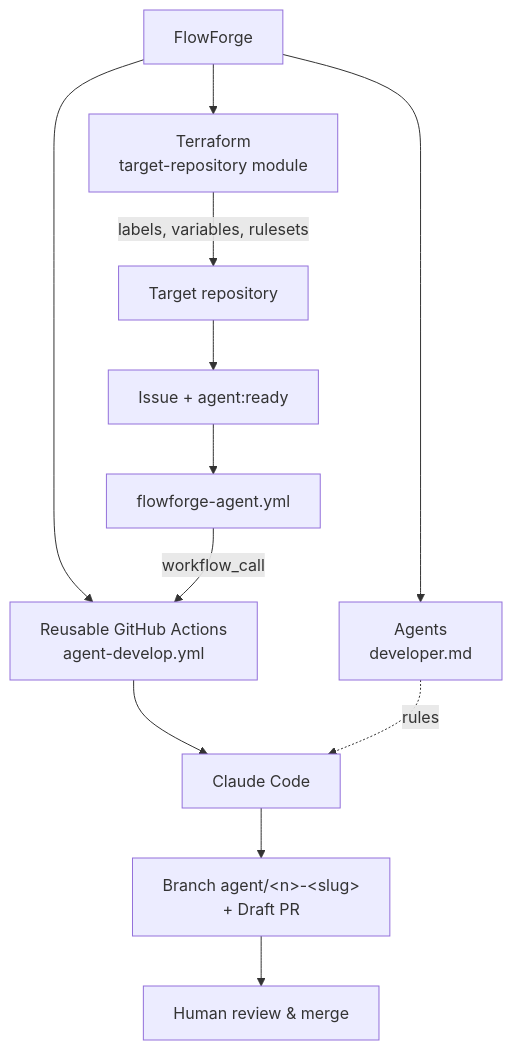
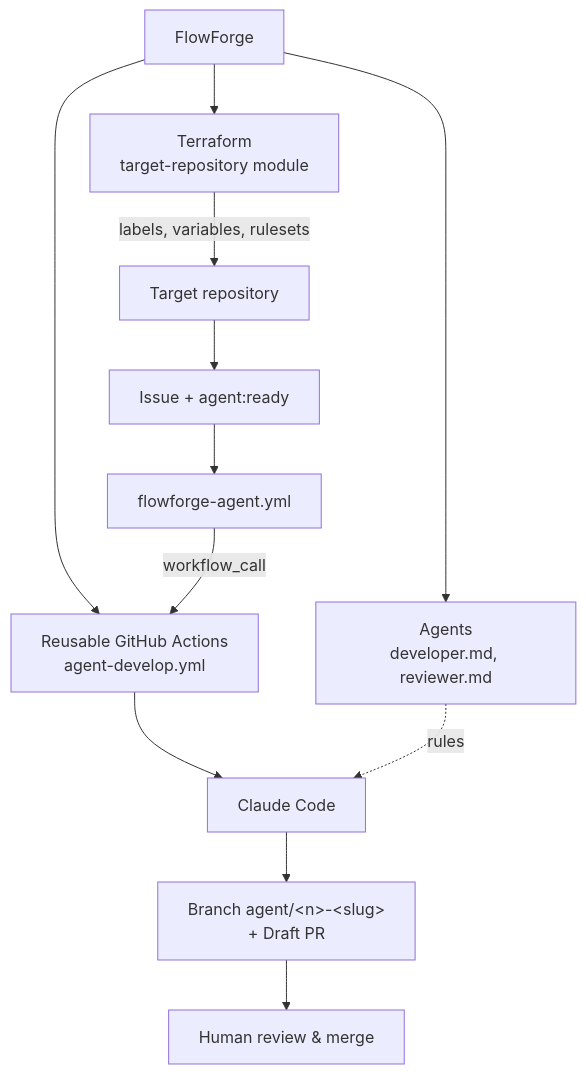
One commit to TiPunchLabs/flowforge changed the diagram in README.md. Above: the diagram before and after it, drawn with Mermaid. The commit also changed other lines of this file and 3 other files, not shown here.

Commit message:
feat: define FlowForge reviewer agent

````diff
--- a/README.md
+++ b/README.md
@@ -34,15 +34,15 @@
 ```mermaid
 flowchart TD
     FF[FlowForge] --> TF[Terraform<br/>target-repository module]
     FF --> WF[Reusable GitHub Actions<br/>agent-develop.yml]
-    FF --> AG[Agents<br/>developer.md]
+    FF --> AG[Agents<br/>developer.md, reviewer.md]
 
     TF -- labels, variables, rulesets --> T[Target repository]
     T --> I[Issue + agent:ready]
     I --> C[flowforge-agent.yml]
     C -- workflow_call --> WF
     WF --> CC[Claude Code]
     AG -.rules.-> CC
     CC --> PR[Branch agent/&lt;n&gt;-&lt;slug&gt;<br/>+ Draft PR]
     PR --> H[Human review & merge]
 ```
````
